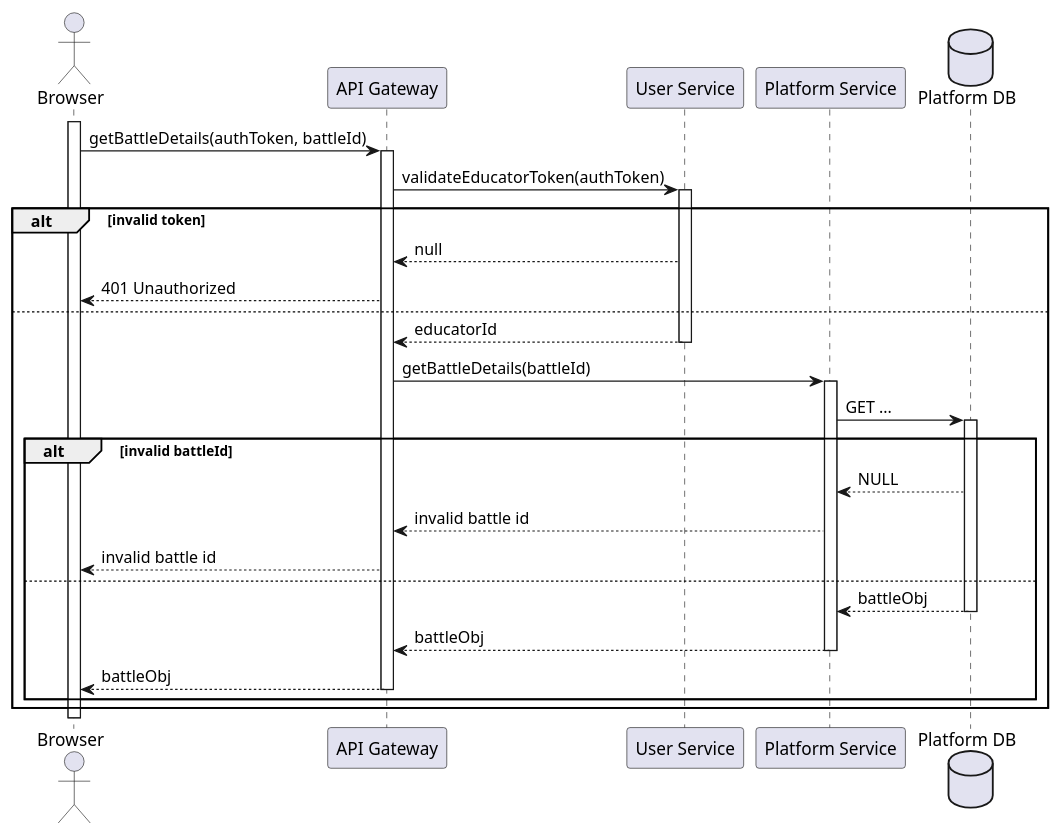
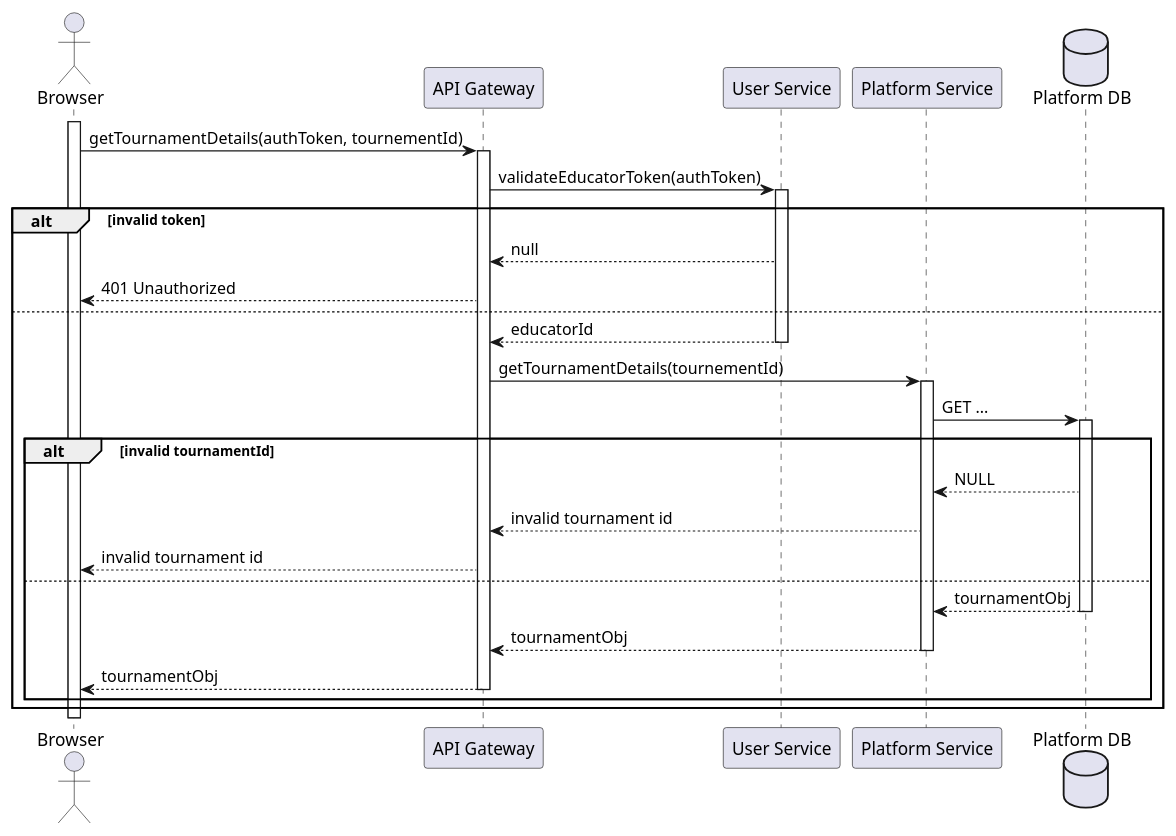
The diagram in dd/puml/rw0.3.puml (Furrrlo/CodeKataBattle), drawn with PlantUML before and after one commit. The commit also changed 5 other files, not shown here.

```diff
--- a/dd/puml/rw0.3.puml
+++ b/dd/puml/rw0.3.puml
@@ -1,35 +1,36 @@
-@startuml RW0.3 - User gets battle details
+@startuml RW0.3 - User gets tournament details
 
 actor Browser
 
 participant "API Gateway" as gateway
 participant "User Service" as auth
 
 participant "Platform Service" as platform
 database "Platform DB" as platformDb
 
 activate Browser
-Browser -> gateway ++ : getBattleDetails(authToken, battleId)
+
+Browser -> gateway ++ : getTournamentDetails(authToken, tournementId)
 gateway -> auth ++ : validateEducatorToken(authToken)
 alt invalid token
     gateway <-- auth : null
     Browser <-- gateway : 401 Unauthorized
 else
     gateway <-- auth -- : educatorId
-    gateway -> platform ++ : getBattleDetails(battleId)
+    gateway -> platform ++ : getTournamentDetails(tournementId)
 
     platform -> platformDb ++ : GET ...
 
-    alt invalid battleId
+    alt invalid tournamentId
         platform <-- platformDb : NULL
-        gateway <-- platform : invalid battle id
-        Browser <-- gateway : invalid battle id
+        gateway <-- platform : invalid tournament id
+        Browser <-- gateway : invalid tournament id
     else
-        platform <-- platformDb -- : battleObj
-        gateway <-- platform -- : battleObj
-        Browser <-- gateway -- : battleObj
+        platform <-- platformDb -- : tournamentObj
+        gateway <-- platform -- : tournamentObj
+        Browser <-- gateway -- : tournamentObj
     end
 end
 
 
 @enduml
```
